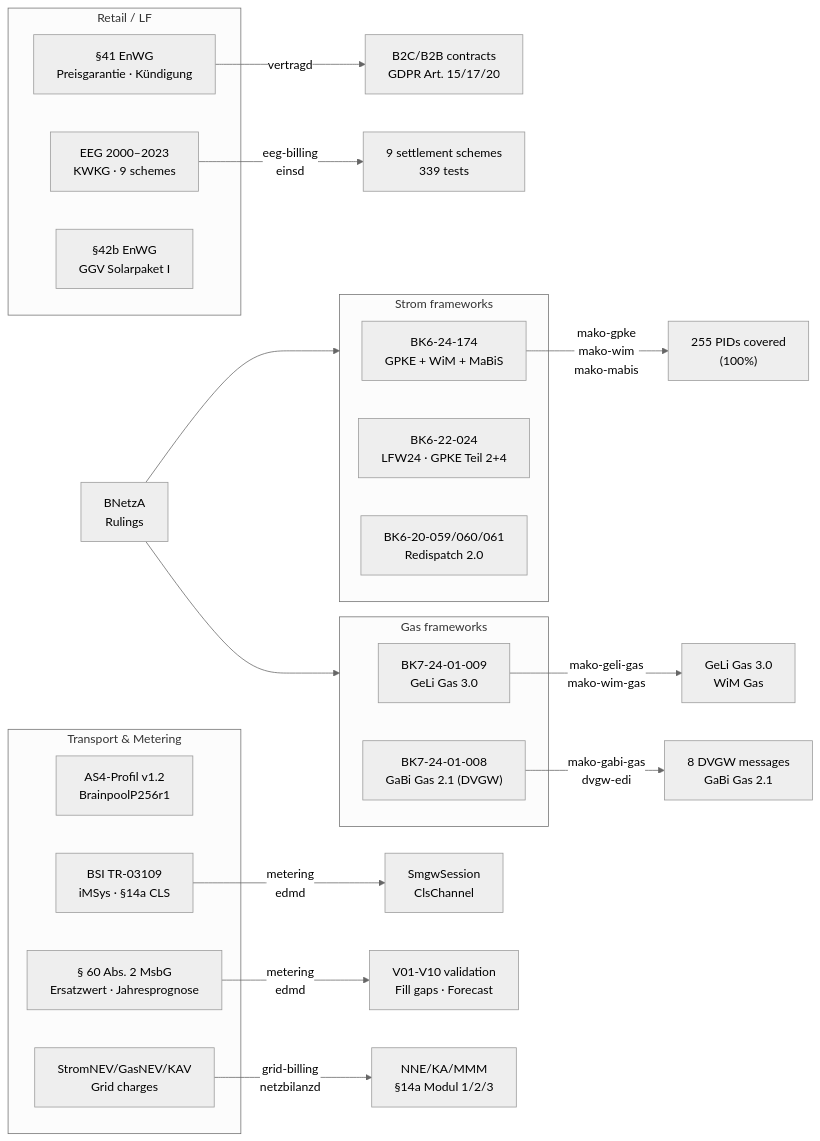
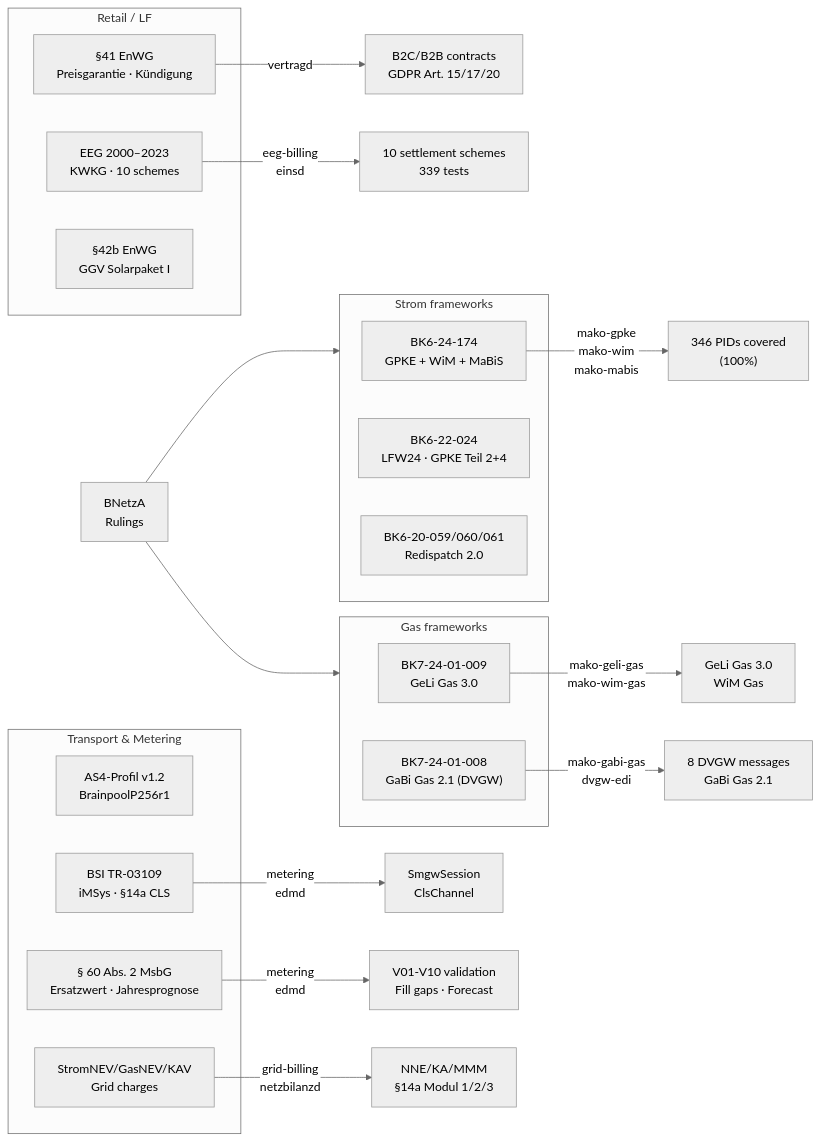
The diagram in docs/regulatory.md (hupe1980/mako), drawn with Mermaid (neutral theme) before and after one commit. The commit also changed other lines of this file and 274 other files, not shown here.

````diff
--- a/docs/regulatory.md
+++ b/docs/regulatory.md
@@ -29,40 +29,40 @@
 ```mermaid
 graph LR
     BNetzA["BNetzA\nRulings"]
 
     subgraph strom ["Strom frameworks"]
         BK6_24["BK6-24-174\nGPKE + WiM + MaBiS"]
         BK6_22["BK6-22-024\nLFW24 · GPKE Teil 2+4"]
         BK6_20["BK6-20-059/060/061\nRedispatch 2.0"]
     end
 
     subgraph gas ["Gas frameworks"]
         BK7_24["BK7-24-01-009\nGeLi Gas 3.0"]
         BK7_14["BK7-24-01-008\nGaBi Gas 2.1 (DVGW)"]
     end
 
     subgraph retail ["Retail / LF"]
         ENW41["§41 EnWG\nPreisgarantie · Kündigung"]
-        EEG["EEG 2000–2023\nKWKG · 9 schemes"]
+        EEG["EEG 2000–2023\nKWKG · 10 schemes"]
         SOLA["§42b EnWG\nGGV Solarpaket I"]
     end
 
     subgraph transport ["Transport & Metering"]
         AS4["AS4-Profil v1.2\nBrainpoolP256r1"]
         BSI["BSI TR-03109\niMSys · §14a CLS"]
         MsbG["§ 60 Abs. 2 MsbG\nErsatzwert · Jahresprognose"]
         NNNEV["StromNEV/GasNEV/KAV\nGrid charges"]
     end
 
     BNetzA --> strom
     BNetzA --> gas
 
-    BK6_24 -->|"mako-gpke\nmako-wim\nmako-mabis"| GPKE_impl["255 PIDs covered\n(100%)"]
+    BK6_24 -->|"mako-gpke\nmako-wim\nmako-mabis"| GPKE_impl["346 PIDs covered\n(100%)"]
     BK7_24 -->|"mako-geli-gas\nmako-wim-gas"| GAS_impl["GeLi Gas 3.0\nWiM Gas"]
     BK7_14 -->|"mako-gabi-gas\ndvgw-edi"| DVGW_impl["8 DVGW messages\nGaBi Gas 2.1"]
     ENW41 -->|"vertragd"| LF_impl["B2C/B2B contracts\nGDPR Art. 15/17/20"]
-    EEG -->|"eeg-billing\neinsd"| EEG_impl["9 settlement schemes\n339 tests"]
+    EEG -->|"eeg-billing\neinsd"| EEG_impl["10 settlement schemes\n339 tests"]
     BSI -->|"metering\nedmd"| IOT_impl["SmgwSession\nClsChannel"]
     MsbG -->|"metering\nedmd"| SUB_impl["V01-V10 validation\nFill gaps · Forecast"]
     NNNEV -->|"grid-billing\nnetzbilanzd"| NNE_impl["NNE/KA/MMM\n§14a Modul 1/2/3"]
 ```
````
